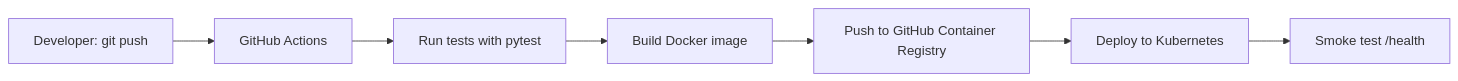
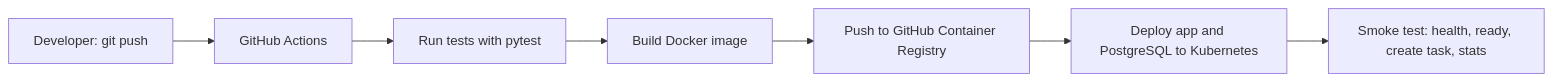
One commit to Harshit-patel-7/devops-project changed the first of 2 diagrams in README.md. Above: the diagram before and after it, drawn with Mermaid. The commit also changed other lines of this file, not shown here.

Commit message:
Update README for the PostgreSQL version

````diff
--- a/README.md
+++ b/README.md
@@ -9,9 +9,9 @@
 ```mermaid
 flowchart LR
     A[Developer: git push] --> B[GitHub Actions]
     B --> C[Run tests with pytest]
     C --> D[Build Docker image]
     D --> E[Push to GitHub Container Registry]
-    E --> F[Deploy to Kubernetes]
-    F --> G[Smoke test /health]
+    E --> F[Deploy app and PostgreSQL to Kubernetes]
+    F --> G[Smoke test: health, ready, create task, stats]
 ```
````
